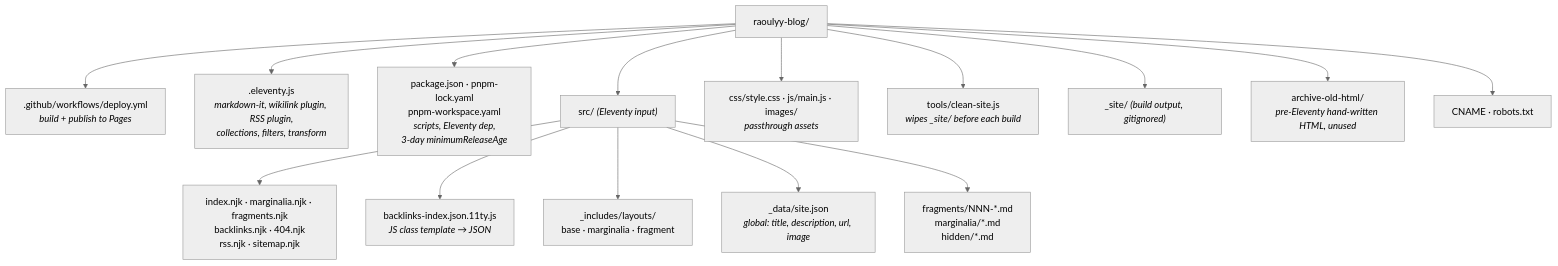
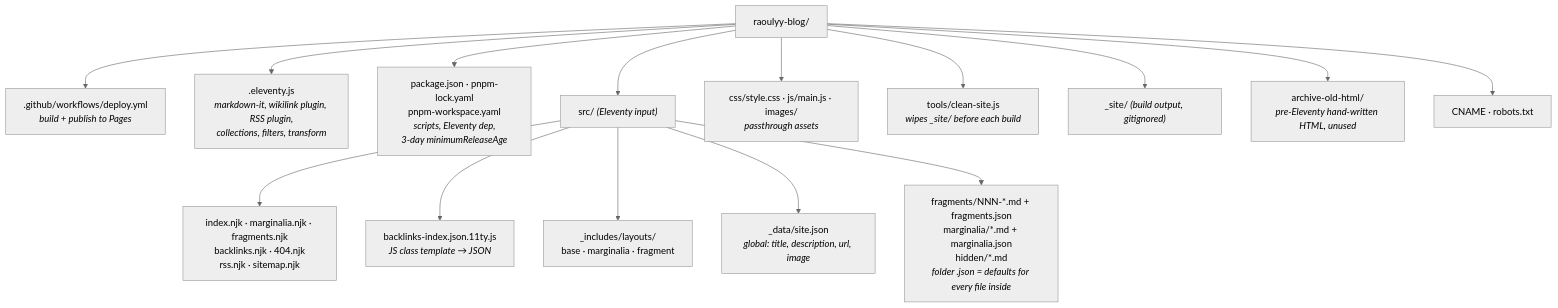
One commit to raoul-g/raoulyy-blog changed the second of 9 diagrams in ARCHITECTURE.md. Above: the diagram before and after it, drawn with Mermaid (neutral theme). The commit also changed other lines of this file and 20 other files, not shown here.

````diff
--- a/ARCHITECTURE.md
+++ b/ARCHITECTURE.md
@@ -55,20 +55,20 @@
 ```mermaid
 flowchart TB
     ROOT["raoulyy-blog/"]
 
     ROOT --> WF[".github/workflows/deploy.yml<br/><i>build + publish to Pages</i>"]
     ROOT --> CFG[".eleventy.js<br/><i>markdown-it, wikilink plugin, RSS plugin,<br/>collections, filters, transform</i>"]
     ROOT --> PKG["package.json · pnpm-lock.yaml<br/>pnpm-workspace.yaml<br/><i>scripts, Eleventy dep,<br/>3-day minimumReleaseAge</i>"]
     ROOT --> SRC["src/ <i>(Eleventy input)</i>"]
     ROOT --> ASSETS["css/style.css · js/main.js · images/<br/><i>passthrough assets</i>"]
     ROOT --> TOOLS["tools/clean-site.js<br/><i>wipes _site/ before each build</i>"]
     ROOT --> OUT["_site/ <i>(build output, gitignored)</i>"]
     ROOT --> ARCH["archive-old-html/<br/><i>pre-Eleventy hand-written HTML, unused</i>"]
     ROOT --> MISC["CNAME · robots.txt"]
 
     SRC --> PAGES_["index.njk · marginalia.njk · fragments.njk<br/>backlinks.njk · 404.njk<br/>rss.njk · sitemap.njk"]
     SRC --> JSONT["backlinks-index.json.11ty.js<br/><i>JS class template → JSON</i>"]
     SRC --> LAYOUTS["_includes/layouts/<br/>base · marginalia · fragment"]
     SRC --> DATA["_data/site.json<br/><i>global: title, description, url, image</i>"]
-    SRC --> CONTENT["fragments/NNN-*.md<br/>marginalia/*.md<br/>hidden/*.md"]
+    SRC --> CONTENT["fragments/NNN-*.md + fragments.json<br/>marginalia/*.md + marginalia.json<br/>hidden/*.md<br/><i>folder .json = defaults for every file inside</i>"]
 ```
````
